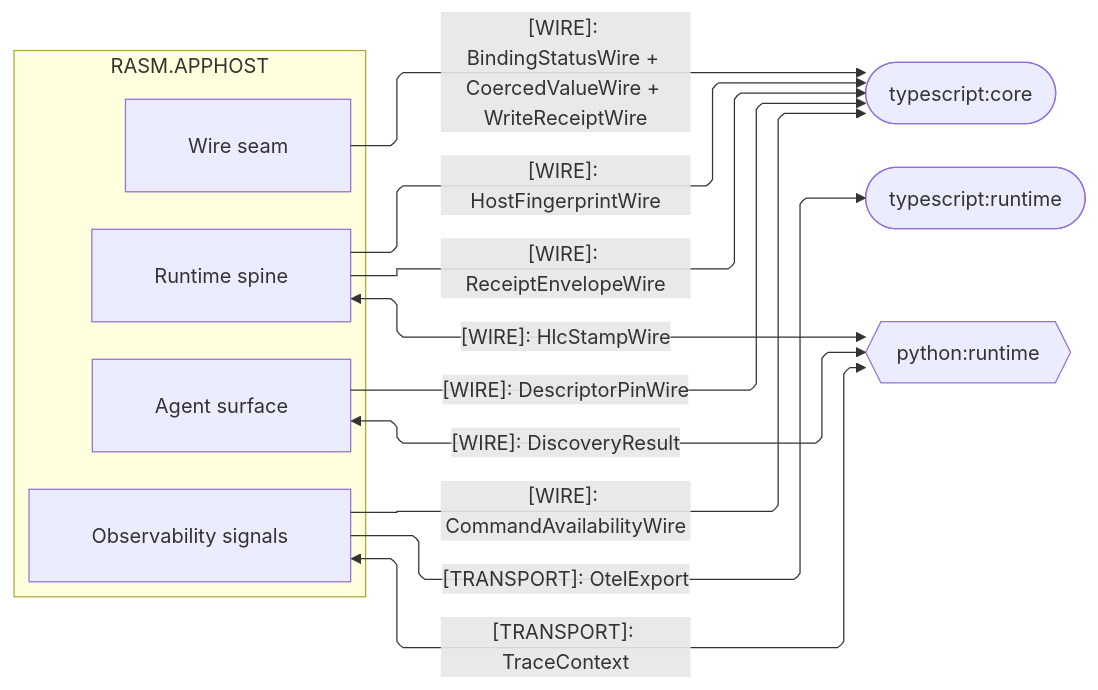
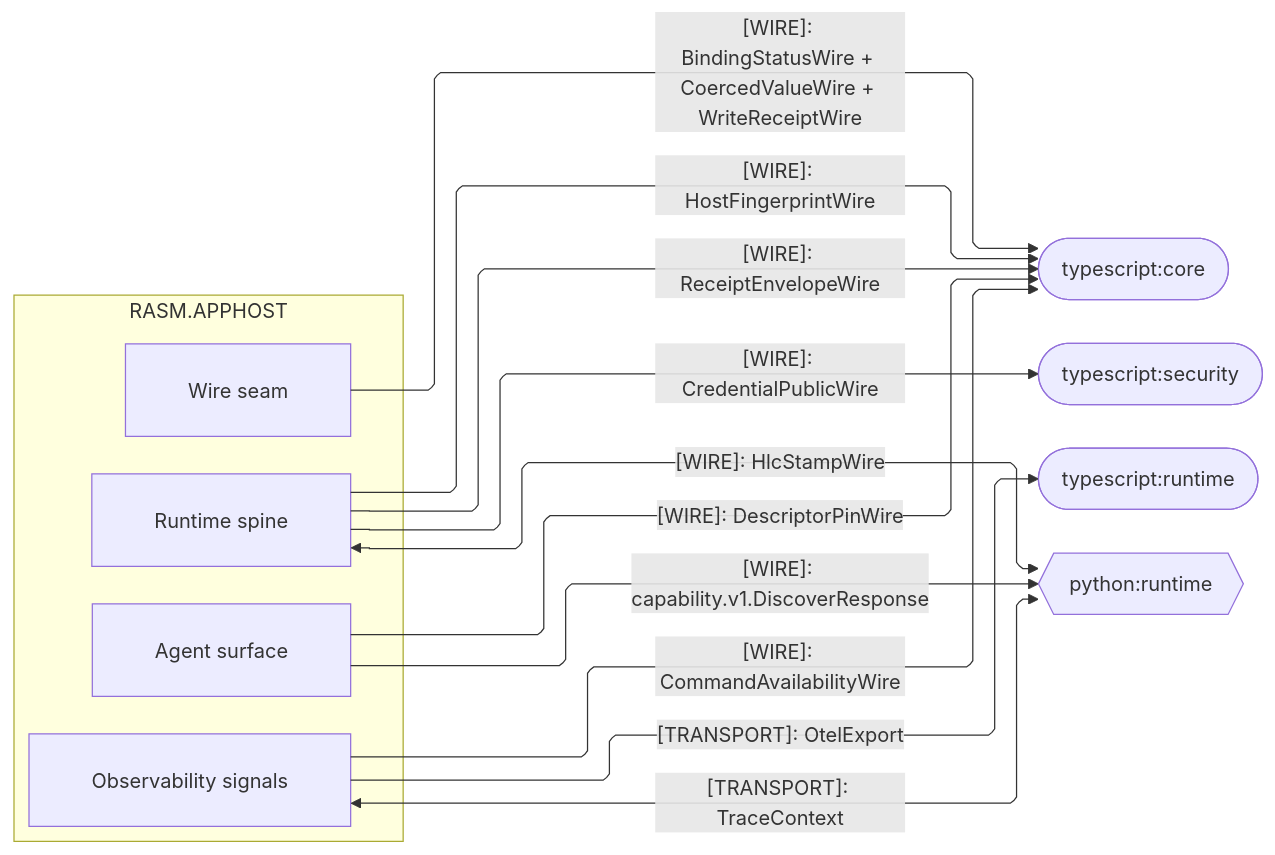
The second of 4 diagrams in libs/csharp/Rasm.AppHost/ARCHITECTURE.md (bsamiee/Rasm), drawn with Mermaid before and after one commit. The commit also changed other lines of this file and 820 other files, not shown here.

````diff
--- a/libs/csharp/Rasm.AppHost/ARCHITECTURE.md
+++ b/libs/csharp/Rasm.AppHost/ARCHITECTURE.md
@@ -122,30 +122,32 @@
 ```mermaid
 ---
 config:
   layout: elk
   flowchart:
     curve: linear
     padding: 25
 ---
 flowchart LR
     accTitle: AppHost cross-runtime wire seams
-    accDescr: Which kinded wires, content keys, and transport cross between AppHost and the TypeScript and Python peers.
+    accDescr: Which kinded wires, content keys, and transport cross between AppHost and the TypeScript core, security, runtime, and Python peers.
     subgraph apphost[RASM.APPHOST]
         Agent[Agent surface]
         Runtime[Runtime spine]
         Wire[Wire seam]
         Observability[Observability signals]
     end
     Core([typescript:core])
+    TsSecurity([typescript:security])
     TsRuntime([typescript:runtime])
     PyRuntime{{python:runtime}}
     Agent e1@-->|"[WIRE]: DescriptorPinWire"| Core
     Runtime e2@-->|"[WIRE]: ReceiptEnvelopeWire"| Core
     Observability e3@-->|"[WIRE]: CommandAvailabilityWire"| Core
     Wire e4@-->|"[WIRE]: BindingStatusWire + CoercedValueWire + WriteReceiptWire"| Core
     Runtime e5@-->|"[WIRE]: HostFingerprintWire"| Core
     Observability e6@-->|"[TRANSPORT]: OtelExport"| TsRuntime
-    Agent e7@<-->|"[WIRE]: DiscoveryResult"| PyRuntime
+    Agent e7@-->|"[WIRE]: capability.v1.DiscoverResponse"| PyRuntime
     Observability e8@<-->|"[TRANSPORT]: TraceContext"| PyRuntime
     Runtime e9@<-->|"[WIRE]: HlcStampWire"| PyRuntime
+    Runtime e10@-->|"[WIRE]: CredentialPublicWire"| TsSecurity
 ```
````
